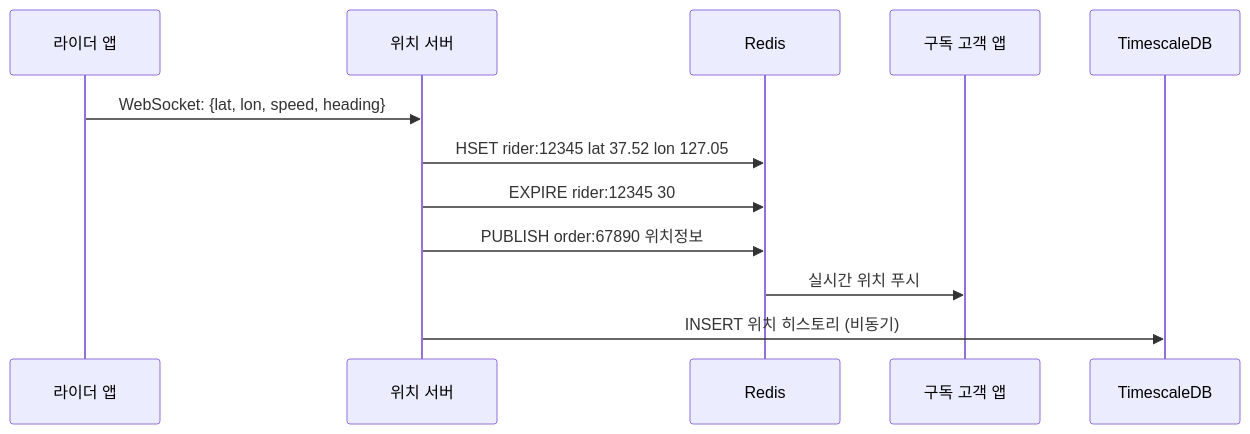
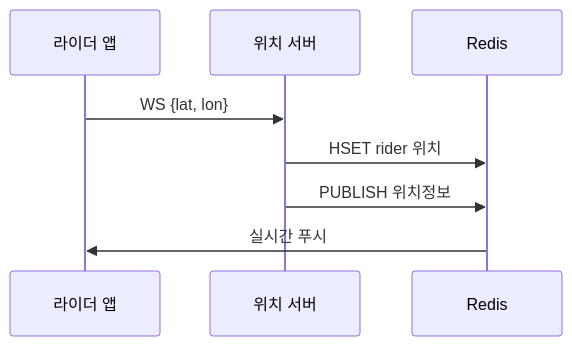
Before and after one commit to yjkim2015/yjkim2015.github.io: the fifth of 9 diagrams in _posts/systemdesign/2026-05-03-system-design-location.md, drawn with Mermaid. The commit also changed other lines of this file and 155 other files, not shown here.

First line of the commit message:
Mermaid 전면 수정: subgraph 제거, participant/노드/줄수 축소 (342블록)

````diff
--- a/_posts/systemdesign/2026-05-03-system-design-location.md
+++ b/_posts/systemdesign/2026-05-03-system-design-location.md
@@ -384,14 +377,10 @@
 ```mermaid
 sequenceDiagram
     participant Rider as 라이더 앱
     participant WS as 위치 서버
     participant Redis as Redis
-    participant Sub as 구독 고객 앱
-    participant DB as TimescaleDB
-    Rider->>WS: WebSocket: {lat, lon, speed, heading}
-    WS->>Redis: HSET rider:12345 lat 37.52 lon 127.05
-    WS->>Redis: EXPIRE rider:12345 30
-    WS->>Redis: PUBLISH order:67890 위치정보
-    Redis->>Sub: 실시간 위치 푸시
-    WS->>DB: INSERT 위치 히스토리 (비동기)
+    Rider->>WS: WS {lat, lon}
+    WS->>Redis: HSET rider 위치
+    WS->>Redis: PUBLISH 위치정보
+    Redis->>Rider: 실시간 푸시
 ```
````
